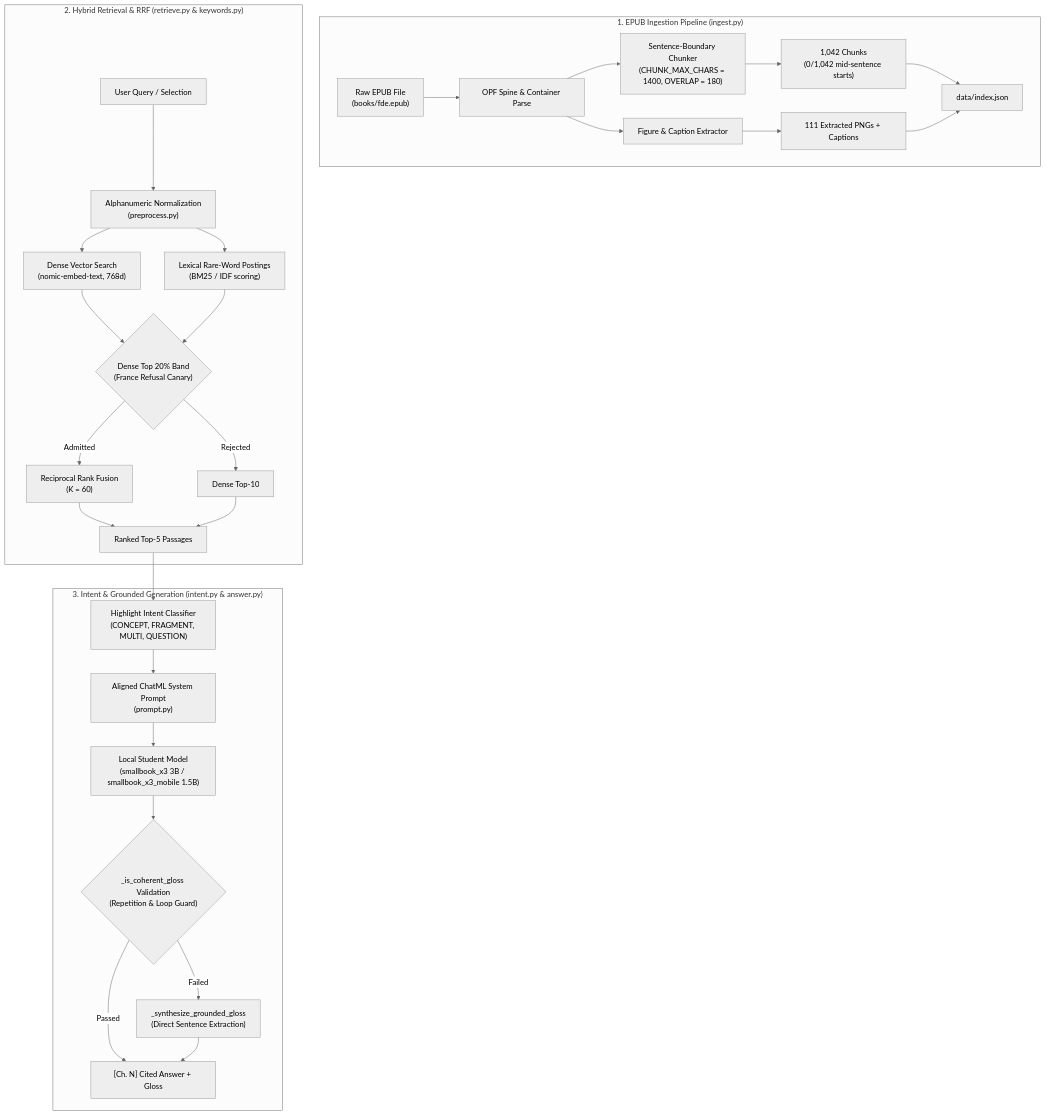
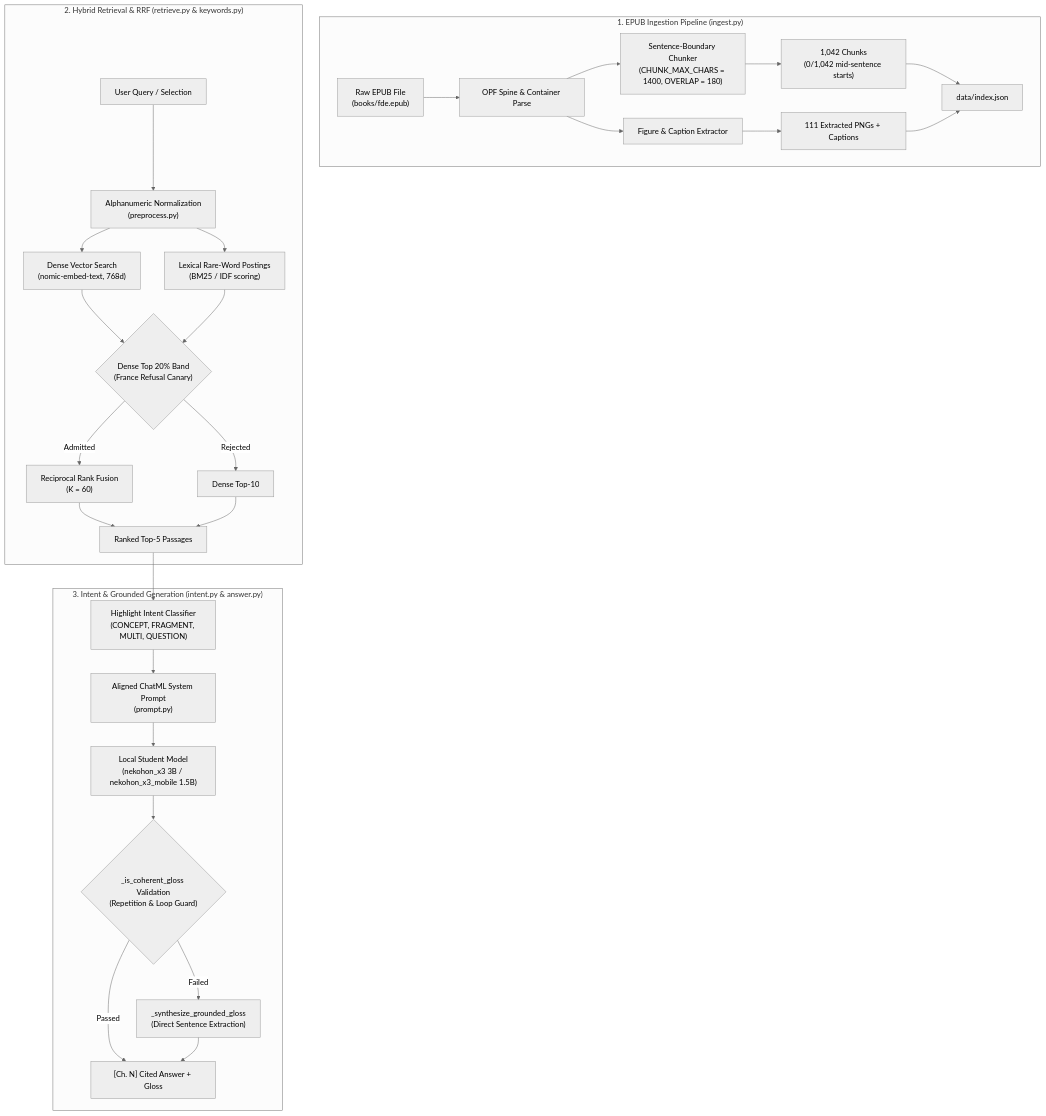
The first of 4 diagrams in docs/ENGINEERING_AND_BENCHMARKS.md (Skufu/NekoHon), drawn with Mermaid (neutral theme) before and after one commit. The commit also changed other lines of this file and 7 other files, not shown here.

Commit message:
rebrand: rename smallbook_x3 to nekohon_x3, publish weights to Hugging Face (Skufu1/nekohon-x3)

````diff
--- a/docs/ENGINEERING_AND_BENCHMARKS.md
+++ b/docs/ENGINEERING_AND_BENCHMARKS.md
@@ -5,34 +5,34 @@
 ```mermaid
 flowchart TD
     subgraph Ingestion["1. EPUB Ingestion Pipeline (ingest.py)"]
         EPUB["Raw EPUB File<br/>(books/fde.epub)"] --> Spine["OPF Spine & Container Parse"]
         Spine --> Packer["Sentence-Boundary Chunker<br/>(CHUNK_MAX_CHARS = 1400, OVERLAP = 180)"]
         Spine --> FigExt["Figure & Caption Extractor"]
         Packer --> Chunks["1,042 Chunks<br/>(0/1,042 mid-sentence starts)"]
         FigExt --> Figures["111 Extracted PNGs + Captions"]
         Chunks --> Index["data/index.json"]
         Figures --> Index
     end
 
     subgraph Retrieval["2. Hybrid Retrieval & RRF (retrieve.py & keywords.py)"]
         Query["User Query / Selection"] --> Pre["Alphanumeric Normalization<br/>(preprocess.py)"]
         Pre --> Dense["Dense Vector Search<br/>(nomic-embed-text, 768d)"]
         Pre --> Lexical["Lexical Rare-Word Postings<br/>(BM25 / IDF scoring)"]
         Dense --> Band{"Dense Top 20% Band<br/>(France Refusal Canary)"}
         Lexical --> Band
         Band -->|Admitted| RRF["Reciprocal Rank Fusion<br/>(K = 60)"]
         Band -->|Rejected| DenseOnly["Dense Top-10"]
         RRF --> Context["Ranked Top-5 Passages"]
         DenseOnly --> Context
     end
 
     subgraph Generation["3. Intent & Grounded Generation (intent.py & answer.py)"]
         Context --> Intent["Highlight Intent Classifier<br/>(CONCEPT, FRAGMENT, MULTI, QUESTION)"]
         Intent --> Prompt["Aligned ChatML System Prompt<br/>(prompt.py)"]
-        Prompt --> Ollama["Local Student Model<br/>(smallbook_x3 3B / smallbook_x3_mobile 1.5B)"]
+        Prompt --> Ollama["Local Student Model<br/>(nekohon_x3 3B / nekohon_x3_mobile 1.5B)"]
         Ollama --> Coherence{"_is_coherent_gloss Validation<br/>(Repetition & Loop Guard)"}
         Coherence -->|Passed| FinalAnswer["[Ch. N] Cited Answer + Gloss"]
         Coherence -->|Failed| GroundedSyn["_synthesize_grounded_gloss<br/>(Direct Sentence Extraction)"]
         GroundedSyn --> FinalAnswer
     end
 ```
````
